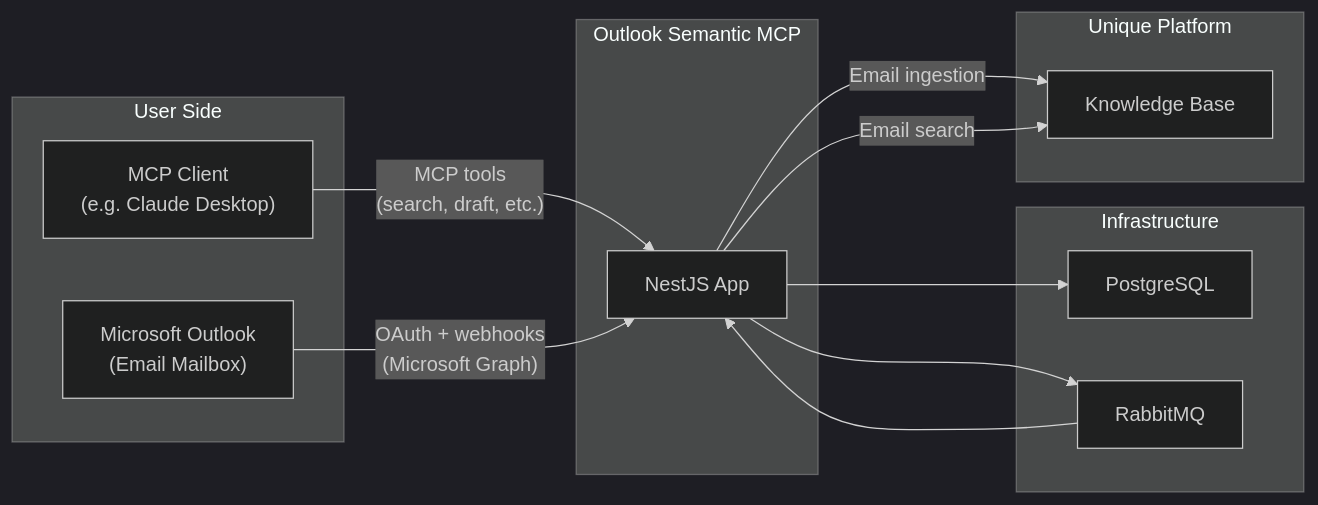
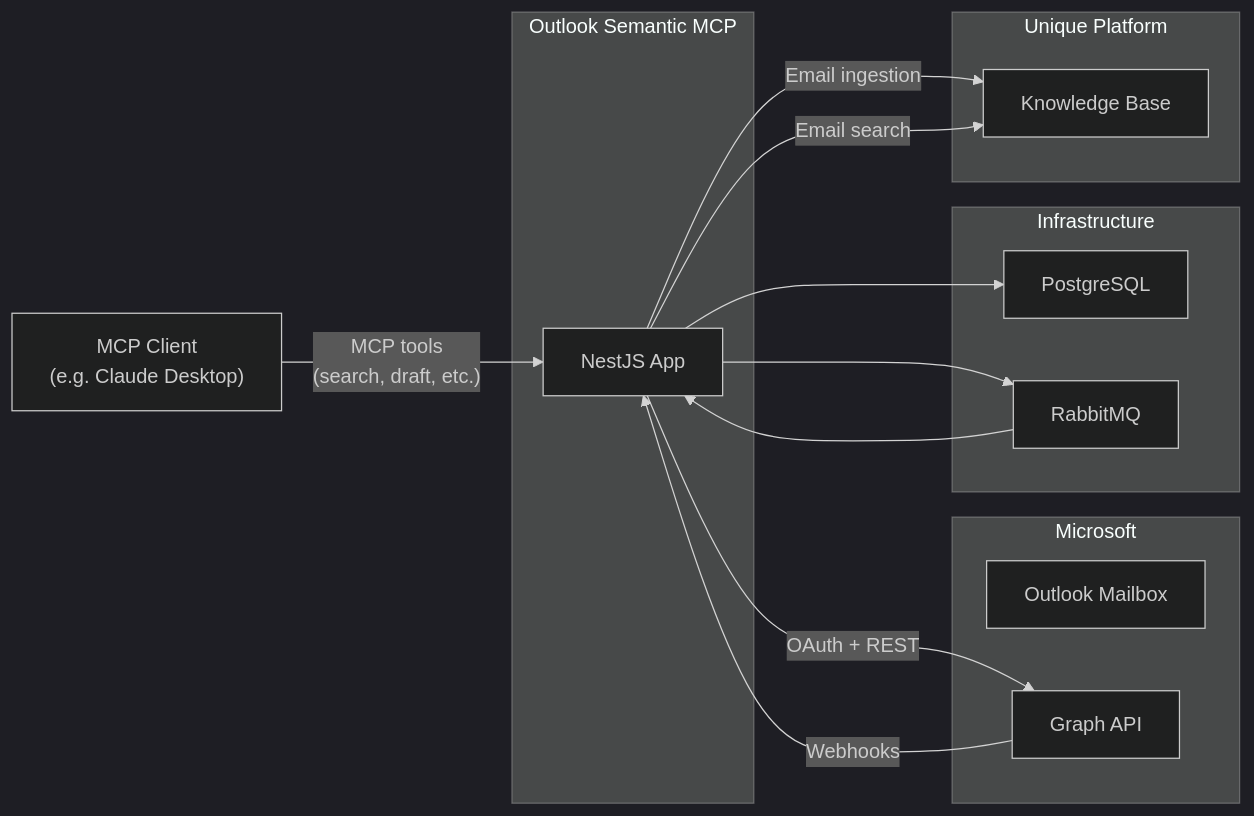
One commit to Unique-AG/connectors changed the diagram in services/outlook-semantic-mcp/docs/README.md. Above: the diagram before and after it, drawn with Mermaid (dark theme). The commit also changed other lines of this file and 1 other file, not shown here.

Commit message:
WIP: Architecture and readme

````diff
--- a/services/outlook-semantic-mcp/docs/README.md
+++ b/services/outlook-semantic-mcp/docs/README.md
@@ -136,28 +136,31 @@
 ```mermaid
 flowchart LR
-    subgraph User["User Side"]
-        MCPClient["MCP Client\n(e.g. Claude Desktop)"]
-        Outlook["Microsoft Outlook\n(Email Mailbox)"]
+    MCPClient["MCP Client\n(e.g. Claude Desktop)"]
+
+    subgraph Microsoft["Microsoft"]
+        Outlook["Outlook Mailbox"]
+        GraphAPI["Graph API"]
     end
 
     subgraph Server["Outlook Semantic MCP"]
         App["NestJS App"]
     end
 
     subgraph Infra["Infrastructure"]
         PG["PostgreSQL"]
         MQ["RabbitMQ"]
     end
 
     subgraph Unique["Unique Platform"]
         KB["Knowledge Base"]
     end
 
     MCPClient -- "MCP tools\n(search, draft, etc.)" --> App
-    Outlook -- "OAuth + webhooks\n(Microsoft Graph)" --> App
+    App -- "OAuth + REST" --> GraphAPI
+    GraphAPI -- "Webhooks" --> App
     App --> PG
     App --> MQ
     MQ --> App
     App -- "Email ingestion" --> KB
     App -- "Email search" --> KB
 ```
````
